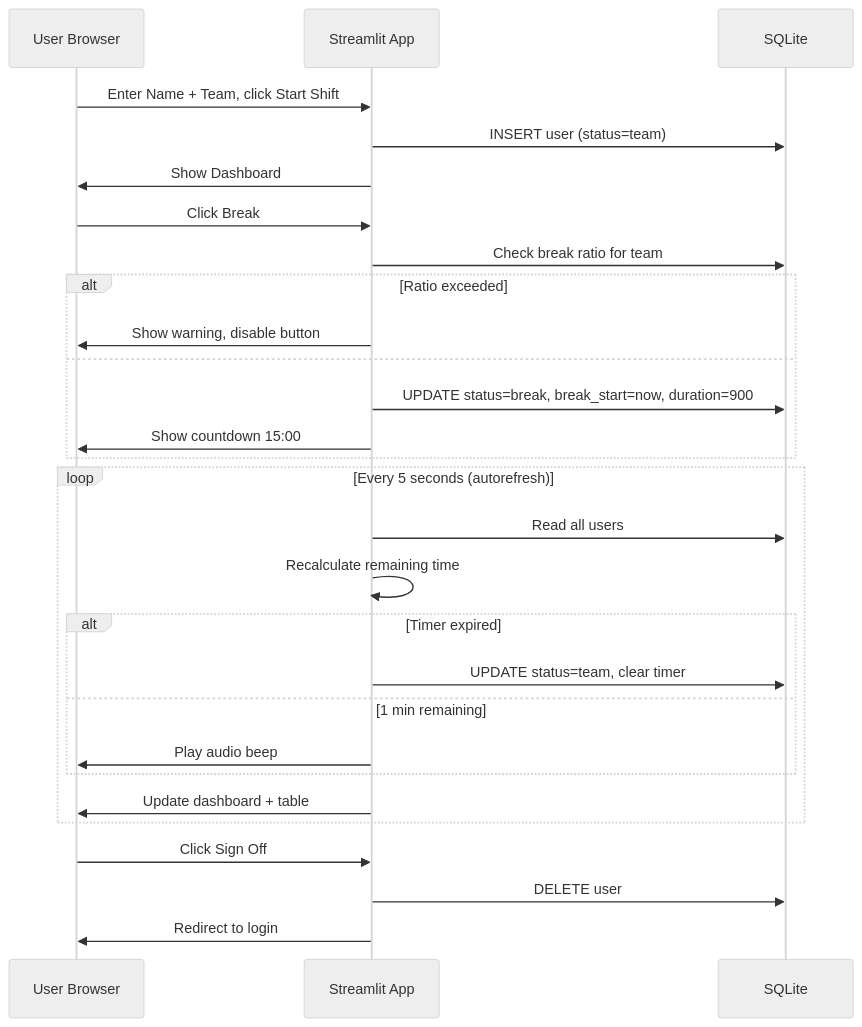
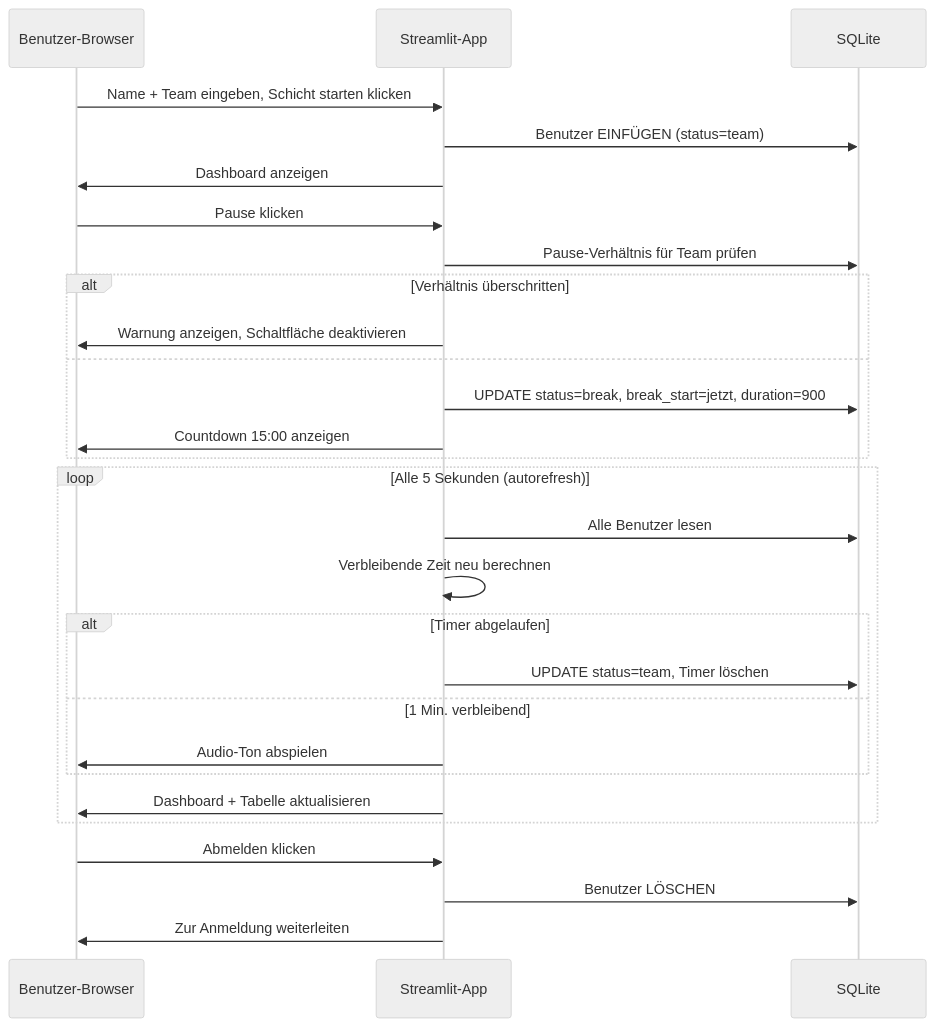
The diagram in plans/break-tracker-plan.md (ahmetcemturan/break_tracker), drawn with Mermaid (neutral theme) before and after one commit. The commit also changed other lines of this file and 4 other files, not shown here.

````diff
--- a/plans/break-tracker-plan.md
+++ b/plans/break-tracker-plan.md
@@ -112,34 +112,34 @@
 ```mermaid
 sequenceDiagram
-    participant U as User Browser
-    participant S as Streamlit App
+    participant U as Benutzer-Browser
+    participant S as Streamlit-App
     participant DB as SQLite
 
-    U->>S: Enter Name + Team, click Start Shift
-    S->>DB: INSERT user (status=team)
-    S->>U: Show Dashboard
+    U->>S: Name + Team eingeben, Schicht starten klicken
+    S->>DB: Benutzer EINFÜGEN (status=team)
+    S->>U: Dashboard anzeigen
 
-    U->>S: Click Break
-    S->>DB: Check break ratio for team
-    alt Ratio exceeded
-        S->>U: Show warning, disable button
+    U->>S: Pause klicken
+    S->>DB: Pause-Verhältnis für Team prüfen
+    alt Verhältnis überschritten
+        S->>U: Warnung anzeigen, Schaltfläche deaktivieren
     else
-        S->>DB: UPDATE status=break, break_start=now, duration=900
-        S->>U: Show countdown 15:00
+        S->>DB: UPDATE status=break, break_start=jetzt, duration=900
+        S->>U: Countdown 15:00 anzeigen
     end
 
-    loop Every 5 seconds (autorefresh)
-        S->>DB: Read all users
-        S->>S: Recalculate remaining time
-        alt Timer expired
-            S->>DB: UPDATE status=team, clear timer
-        else 1 min remaining
-            S->>U: Play audio beep
+    loop Alle 5 Sekunden (autorefresh)
+        S->>DB: Alle Benutzer lesen
+        S->>S: Verbleibende Zeit neu berechnen
+        alt Timer abgelaufen
+            S->>DB: UPDATE status=team, Timer löschen
+        else 1 Min. verbleibend
+            S->>U: Audio-Ton abspielen
         end
-        S->>U: Update dashboard + table
+        S->>U: Dashboard + Tabelle aktualisieren
     end
 
-    U->>S: Click Sign Off
-    S->>DB: DELETE user
-    S->>U: Redirect to login
+    U->>S: Abmelden klicken
+    S->>DB: Benutzer LÖSCHEN
+    S->>U: Zur Anmeldung weiterleiten
 ```
````
